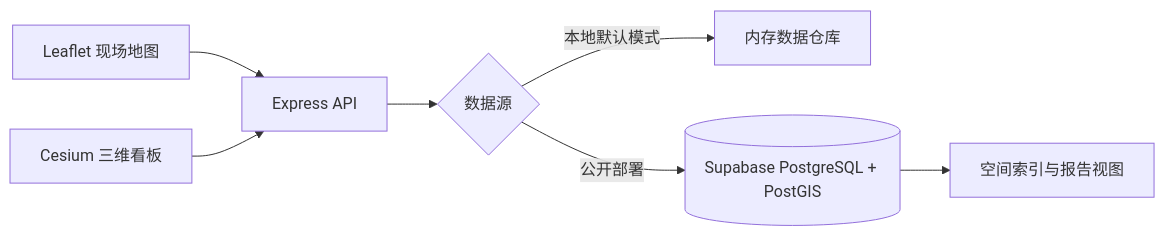
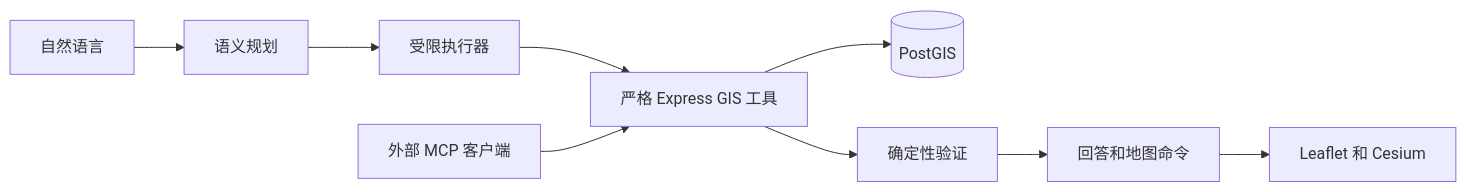
One commit to hyzhu711-oss/Hospital-queue-webgis changed the diagram in README.zh-CN.md. Above: the diagram before and after it, drawn with Mermaid. The commit also changed other lines of this file and 146 other files, not shown here.

````diff
--- a/README.zh-CN.md
+++ b/README.zh-CN.md
@@ -31,9 +51,11 @@
 ```mermaid
 flowchart LR
-  A[Leaflet 现场地图] --> C[Express API]
-  B[Cesium 三维看板] --> C
-  C --> D{数据源}
-  D -->|本地默认模式| E[内存数据仓库]
-  D -->|公开部署| F[(Supabase PostgreSQL + PostGIS)]
-  F --> G[空间索引与报告视图]
+  Q[自然语言] --> P[语义规划]
+  P --> E[受限执行器]
+  E --> T[严格 Express GIS 工具]
+  T --> DB[(PostGIS)]
+  T --> V[确定性验证]
+  V --> R[回答和地图命令]
+  R --> L[Leaflet 和 Cesium]
+  M[外部 MCP 客户端] --> T
 ```
````
